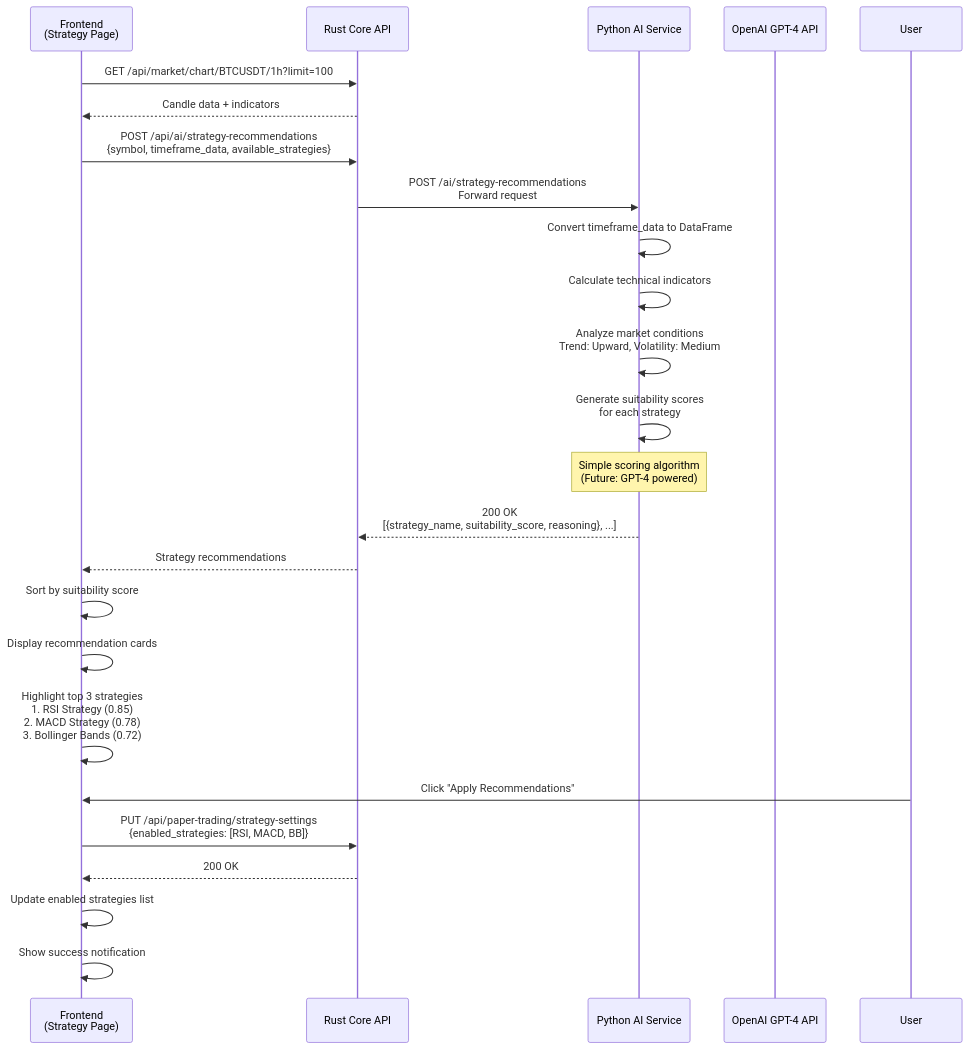
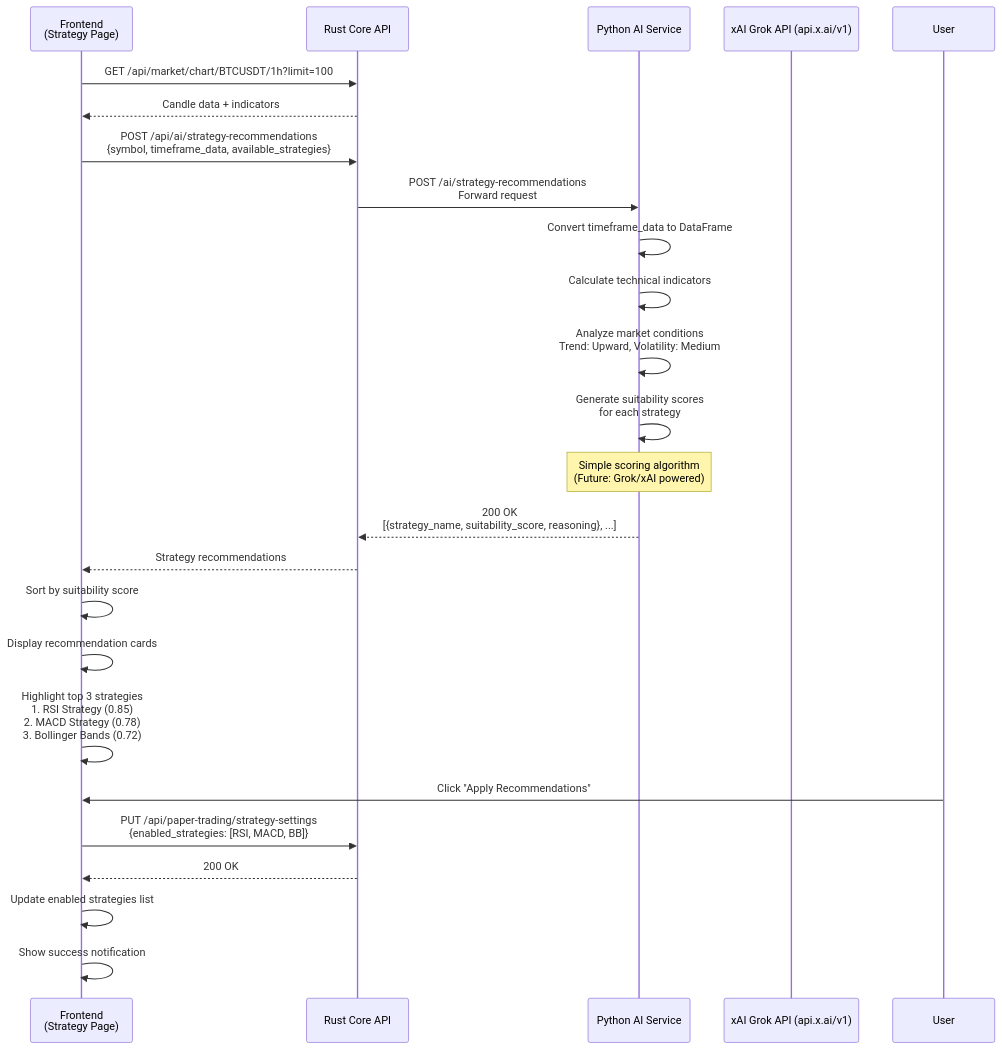
Before and after one commit to magic-ai-trading-bot/bot-core: diagram 11 of 14 in specifications/02-design/2.3-api/API-SEQUENCES.mermaid, drawn with Mermaid. The commit also changed other lines of this file and 52 other files, not shown here.

````diff
--- a/specifications/02-design/2.3-api/API-SEQUENCES.mermaid
+++ b/specifications/02-design/2.3-api/API-SEQUENCES.mermaid
@@ -460,42 +460,42 @@
 ```mermaid
 sequenceDiagram
     participant Frontend as Frontend<br/>(Strategy Page)
     participant RustAPI as Rust Core API
     participant PythonAI as Python AI Service
-    participant OpenAI as OpenAI GPT-4 API
+    participant GrokAI as xAI Grok API (api.x.ai/v1)
 
     Frontend->>RustAPI: GET /api/market/chart/BTCUSDT/1h?limit=100
 
     RustAPI-->>Frontend: Candle data + indicators
 
     Frontend->>RustAPI: POST /api/ai/strategy-recommendations<br/>{symbol, timeframe_data, available_strategies}
 
     RustAPI->>PythonAI: POST /ai/strategy-recommendations<br/>Forward request
 
     PythonAI->>PythonAI: Convert timeframe_data to DataFrame
     PythonAI->>PythonAI: Calculate technical indicators
 
     PythonAI->>PythonAI: Analyze market conditions<br/>Trend: Upward, Volatility: Medium
 
     PythonAI->>PythonAI: Generate suitability scores<br/>for each strategy
 
-    Note over PythonAI: Simple scoring algorithm<br/>(Future: GPT-4 powered)
+    Note over PythonAI: Simple scoring algorithm<br/>(Future: Grok/xAI powered)
 
     PythonAI-->>RustAPI: 200 OK<br/>[{strategy_name, suitability_score, reasoning}, ...]
 
     RustAPI-->>Frontend: Strategy recommendations
 
     Frontend->>Frontend: Sort by suitability score
     Frontend->>Frontend: Display recommendation cards
 
     Frontend->>Frontend: Highlight top 3 strategies<br/>1. RSI Strategy (0.85)<br/>2. MACD Strategy (0.78)<br/>3. Bollinger Bands (0.72)
 
     User->>Frontend: Click "Apply Recommendations"
 
     Frontend->>RustAPI: PUT /api/paper-trading/strategy-settings<br/>{enabled_strategies: [RSI, MACD, BB]}
 
     RustAPI-->>Frontend: 200 OK
 
     Frontend->>Frontend: Update enabled strategies list
     Frontend->>Frontend: Show success notification
 ```
````
